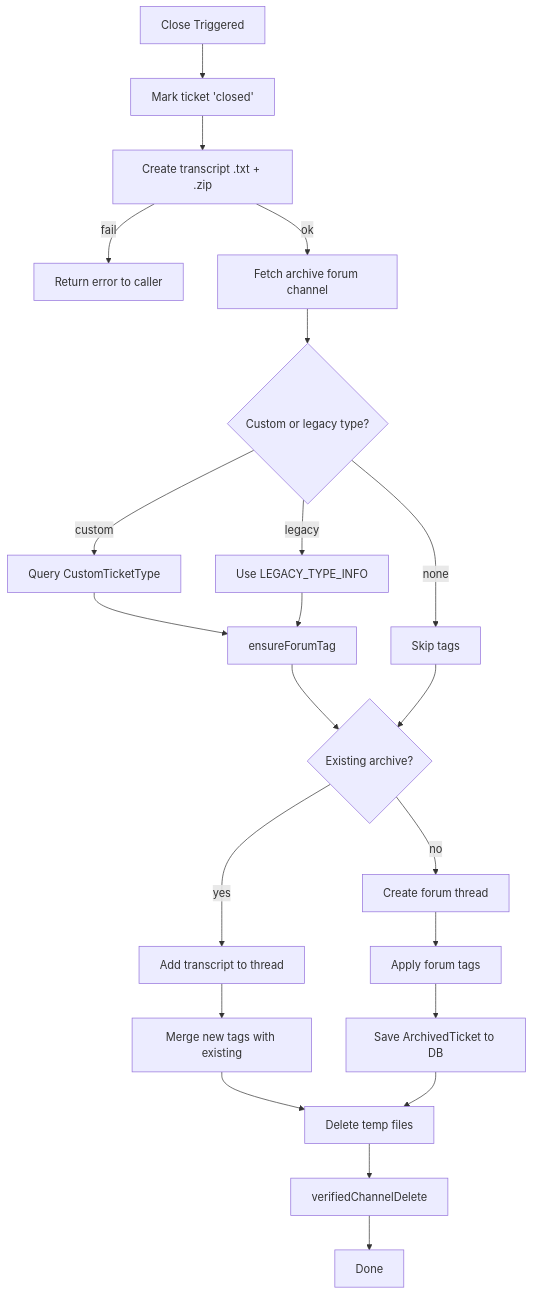
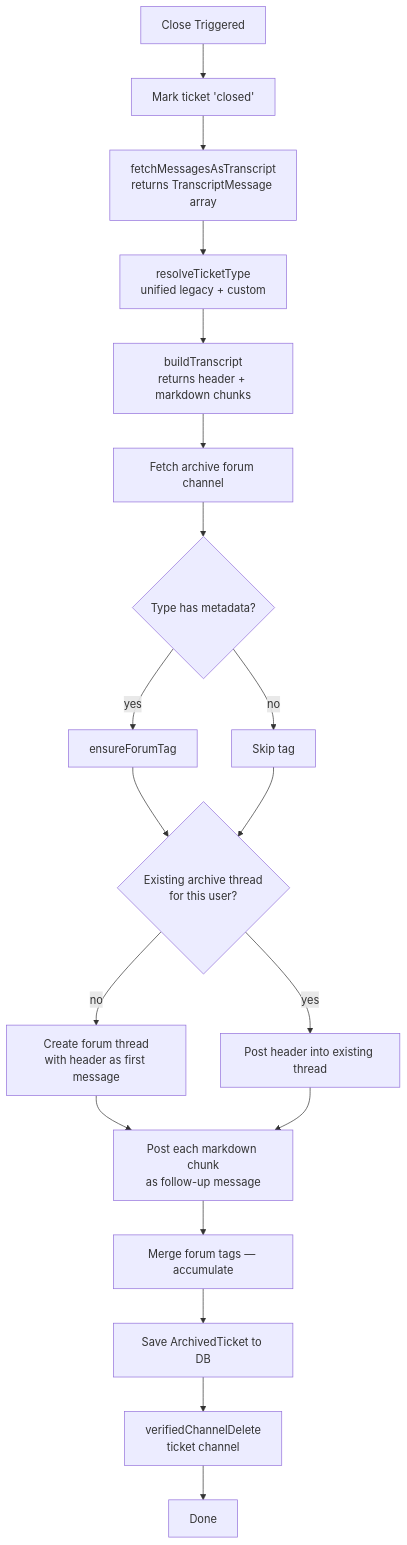
Before and after one commit to NindroidA/cogworks-bot: the fifth of 5 diagrams in ARCHITECTURE.md, drawn with Mermaid. The commit also changed other lines of this file and 39 other files, not shown here.

````diff
--- a/ARCHITECTURE.md
+++ b/ARCHITECTURE.md
@@ -181,24 +181,21 @@
 ```mermaid
 flowchart TD
     Start[Close Triggered] --> Mark[Mark ticket 'closed']
-    Mark --> Transcript[Create transcript .txt + .zip]
-    Transcript -->|fail| ErrReply[Return error to caller]
-    Transcript -->|ok| Forum[Fetch archive forum channel]
-    Forum --> TypeInfo{Custom or legacy type?}
-    TypeInfo -->|custom| DBLookup[Query CustomTicketType]
-    TypeInfo -->|legacy| LegacyMap[Use LEGACY_TYPE_INFO]
-    TypeInfo -->|none| NoTag[Skip tags]
-    DBLookup --> EnsureTag[ensureForumTag]
-    LegacyMap --> EnsureTag
-    EnsureTag --> Exists{Existing archive?}
-    NoTag --> Exists
-    Exists -->|no| CreatePost[Create forum thread]
-    Exists -->|yes| AddToPost[Add transcript to thread]
-    CreatePost --> ApplyTags[Apply forum tags]
-    AddToPost --> MergeTags[Merge new tags with existing]
-    ApplyTags --> SaveArchive[Save ArchivedTicket to DB]
-    MergeTags --> Cleanup[Delete temp files]
-    SaveArchive --> Cleanup
-    Cleanup --> DeleteCh[verifiedChannelDelete]
+    Mark --> Fetch[fetchMessagesAsTranscript<br/>returns TranscriptMessage array]
+    Fetch --> Resolve[resolveTicketType<br/>unified legacy + custom]
+    Resolve --> Build[buildTranscript<br/>returns header + markdown chunks]
+    Build --> Forum[Fetch archive forum channel]
+    Forum --> Tag{Type has metadata?}
+    Tag -->|yes| EnsureTag[ensureForumTag]
+    Tag -->|no| SkipTag[Skip tag]
+    EnsureTag --> Exists{Existing archive thread<br/>for this user?}
+    SkipTag --> Exists
+    Exists -->|no| CreatePost[Create forum thread<br/>with header as first message]
+    Exists -->|yes| AddHeader[Post header into existing thread]
+    CreatePost --> PostChunks[Post each markdown chunk<br/>as follow-up message]
+    AddHeader --> PostChunks
+    PostChunks --> MergeTags[Merge forum tags — accumulate]
+    MergeTags --> SaveArchive[Save ArchivedTicket to DB]
+    SaveArchive --> DeleteCh[verifiedChannelDelete<br/>ticket channel]
     DeleteCh --> Done[Done]
 ```
````
